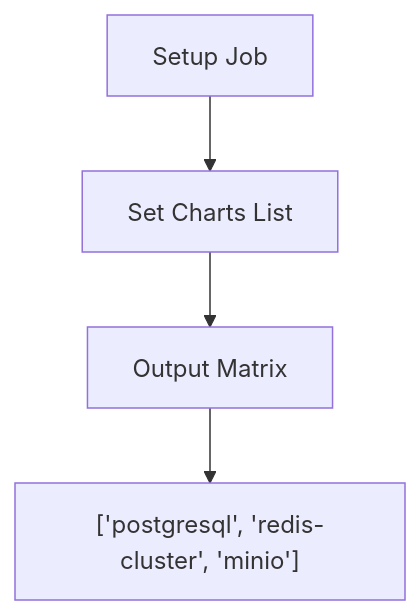
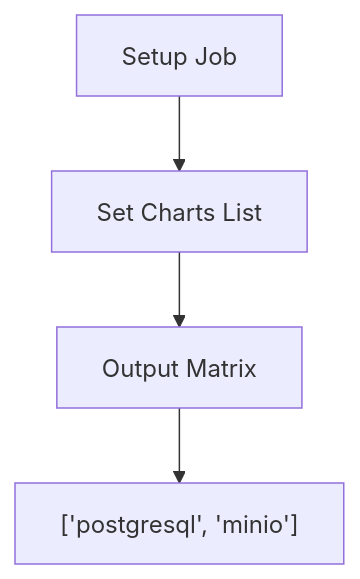
One commit to sct-software/bitnami-charts changed the third of 10 diagrams in SCT_README.md. Above: the diagram before and after it, drawn with Mermaid. The commit also changed other lines of this file and 31 other files, not shown here.

First line of the commit message:
INF-152: stop syncing redis-cluster chart (#4)

````diff
--- a/SCT_README.md
+++ b/SCT_README.md
@@ -113,7 +116,7 @@
 ```mermaid
 flowchart TD
     A[Setup Job] --> B[Set Charts List]
     B --> C[Output Matrix]
     
-    C --> D["['postgresql', 'redis-cluster', 'minio']"]
+    C --> D["['postgresql', 'minio']"]
 ```
````
